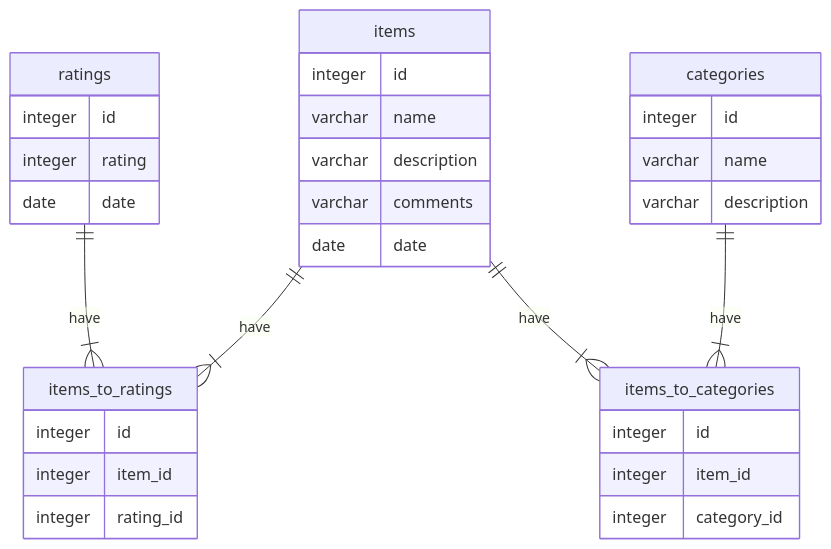
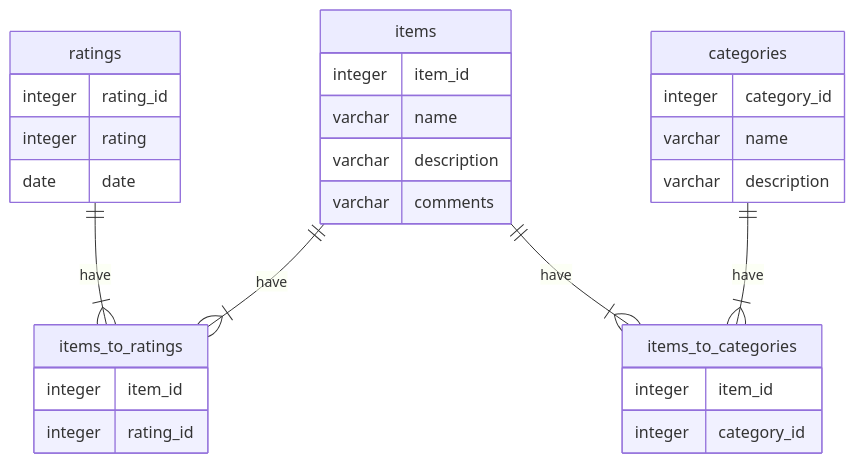
The diagram in docs/decisions/0001-sqlite-schema.md (xynree/rating-room-r), drawn with Mermaid before and after one commit. The commit also changed 16 other files, not shown here.

````diff
--- a/docs/decisions/0001-sqlite-schema.md
+++ b/docs/decisions/0001-sqlite-schema.md
@@ -18,35 +18,32 @@
 ```mermaid
 erDiagram
     items {
-        integer   id
+        integer   item_id
         varchar   name
         varchar   description
         varchar   comments
-        date   date
     }
     categories {
-        integer   id
+        integer   category_id
         varchar   name
         varchar   description
     }
     ratings {
-        integer   id
+        integer   rating_id
         integer   rating
         date   date
     }
     items_to_ratings {
-        integer   id
         integer   item_id
         integer   rating_id
     }
     items_to_categories {
-        integer   id
         integer   item_id
         integer   category_id
     }
 
      items ||--|{ items_to_ratings : have
      ratings ||--|{ items_to_ratings : have
      categories ||--|{ items_to_categories : have
      items ||--|{ items_to_categories : have
 ```
````
